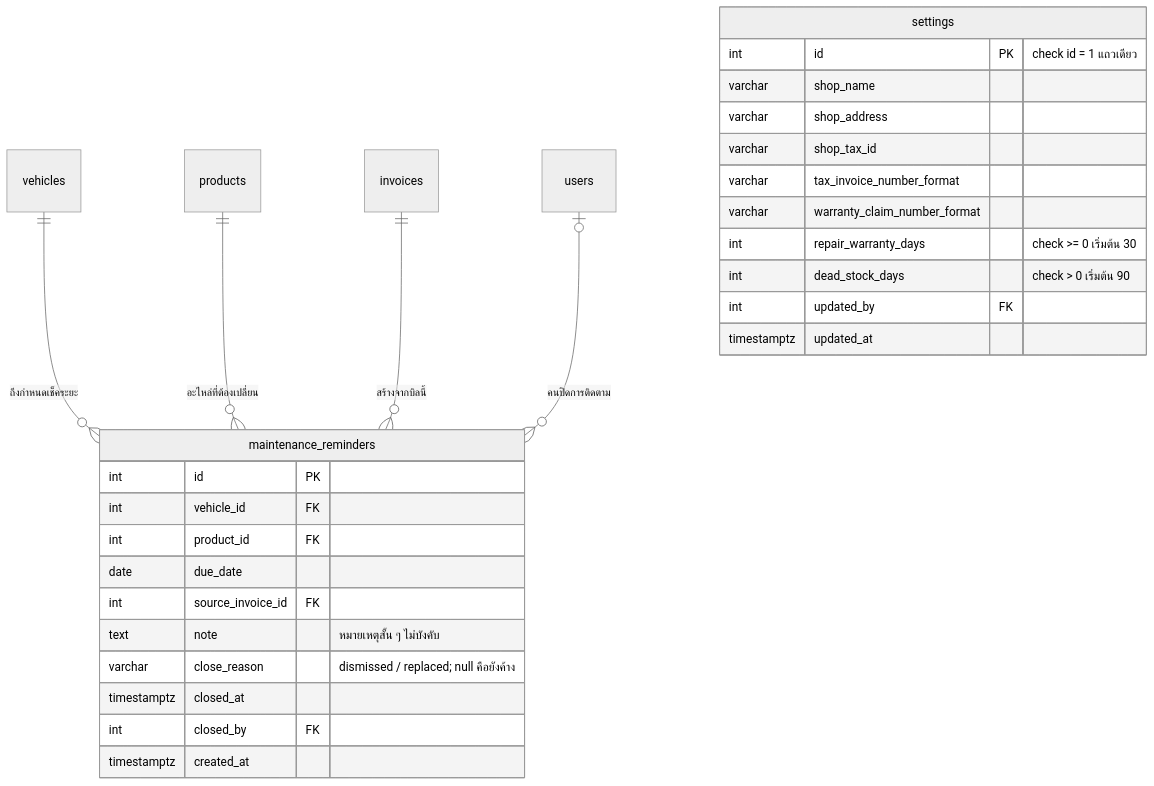
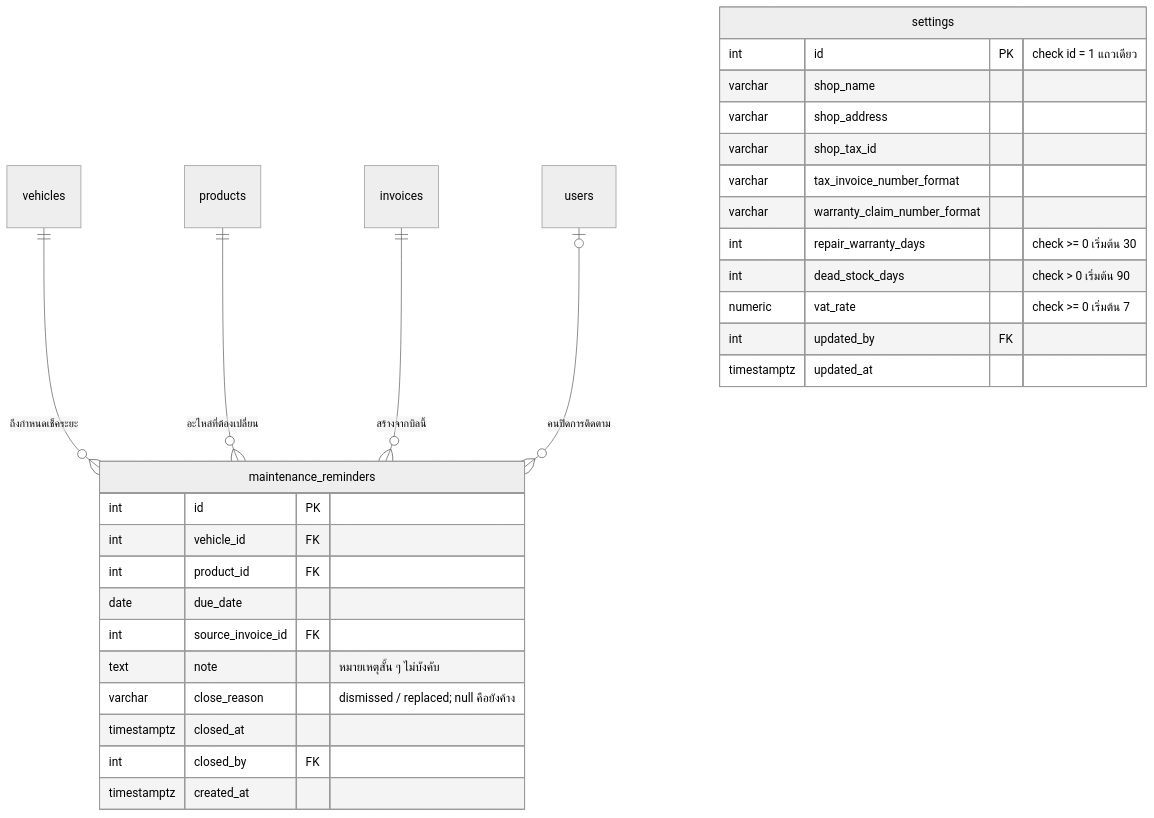
Before and after one commit to kaewjamsai0193/Garage_Final_Project: the eighth of 9 diagrams in data_model.md, drawn with Mermaid (neutral theme). The commit also changed other lines of this file and 4 other files, not shown here.

First line of the commit message:
docs: store vat rate in settings and derive job/po/receipt numbers from id

````diff
--- a/data_model.md
+++ b/data_model.md
@@ -420,33 +416,34 @@
 ```mermaid
 erDiagram
     vehicles ||--o{ maintenance_reminders : "ถึงกำหนดเช็คระยะ"
     products ||--o{ maintenance_reminders : "อะไหล่ที่ต้องเปลี่ยน"
     invoices ||--o{ maintenance_reminders : "สร้างจากบิลนี้"
     users |o--o{ maintenance_reminders : "คนปิดการติดตาม"
 
     maintenance_reminders {
         int id PK
         int vehicle_id FK
         int product_id FK
         date due_date
         int source_invoice_id FK
         text note "หมายเหตุสั้น ๆ ไม่บังคับ"
         varchar close_reason "dismissed / replaced; null คือยังค้าง"
         timestamptz closed_at
         int closed_by FK
         timestamptz created_at
     }
 
     settings {
         int id PK "check id = 1 แถวเดียว"
         varchar shop_name
         varchar shop_address
         varchar shop_tax_id
         varchar tax_invoice_number_format
         varchar warranty_claim_number_format
         int repair_warranty_days "check >= 0 เริ่มต้น 30"
         int dead_stock_days "check > 0 เริ่มต้น 90"
+        numeric vat_rate "check >= 0 เริ่มต้น 7"
         int updated_by FK
         timestamptz updated_at
     }
 ```
````
